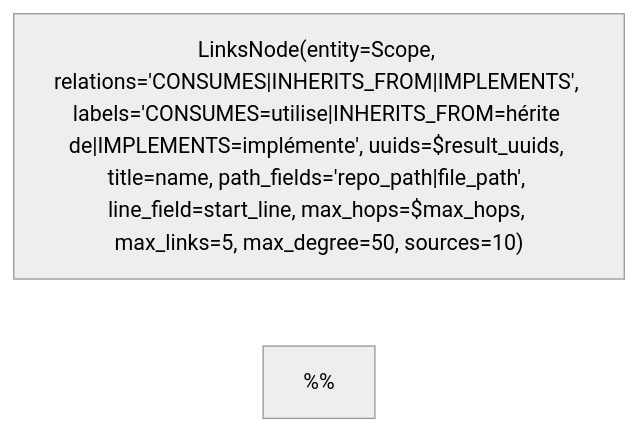
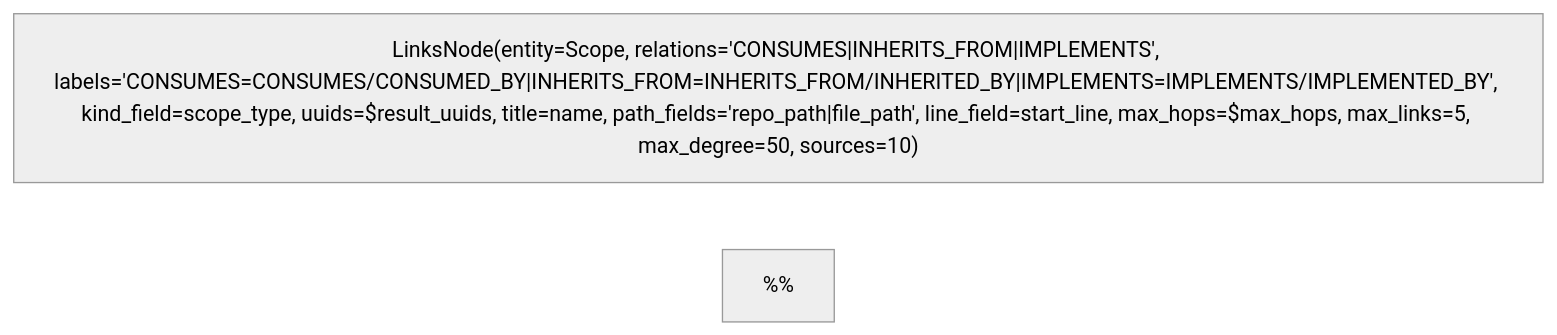
The diagram in extension/rag3weaver/templates/tools/links.mmd (L-Defraiteur/rag3db), drawn with Mermaid (neutral theme) before and after one commit. The commit also changed 8 other files, not shown here.

```diff
--- a/extension/rag3weaver/templates/tools/links.mmd
+++ b/extension/rag3weaver/templates/tools/links.mmd
@@ -1,19 +1,19 @@
 %% tool: links
-%% description: Comment les résultats d'une recherche se relient dans le graphe du code : les plus courts chemins entre eux, à deux sauts par défaut (quatre au plus), sans passer par un utilitaire appelé de partout. Une ligne par lien, rien quand ils ne se relient pas. Fait pour un crochet après outil (`after`, `results_port`) : la section n'existe que si le manifeste la déclare.
+%% description: Comment les résultats d'une recherche se relient dans le graphe du code : les plus courts chemins entre eux, à deux sauts par défaut (quatre au plus), sans passer par un utilitaire appelé de partout. Un arbre par nom le plus relié (la forme du graphe de dépendances), rien quand ils ne se relient pas. Fait pour un crochet après outil (`after`, `results_port`) : la section n'existe que si le manifeste la déclare.
 %% param: result_uuids json = [] -- Les uuid des résultats de l'outil, dans l'ordre (le crochet les passe).
 %% param: max_hops int = 2 -- Longueur maximale d'un lien, 1 à 4. Deux par défaut : à quatre, presque tout se relie par des utilitaires moyens.
 %% result: links.result
 
 graph LR
-    links["LinksNode(entity=Scope, relations='CONSUMES|INHERITS_FROM|IMPLEMENTS', labels='CONSUMES=utilise|INHERITS_FROM=hérite de|IMPLEMENTS=implémente', uuids=$result_uuids, title=name, path_fields='repo_path|file_path', line_field=start_line, max_hops=$max_hops, max_links=5, max_degree=50, sources=10)"]
+    links["LinksNode(entity=Scope, relations='CONSUMES|INHERITS_FROM|IMPLEMENTS', labels='CONSUMES=CONSUMES/CONSUMED_BY|INHERITS_FROM=INHERITS_FROM/INHERITED_BY|IMPLEMENTS=IMPLEMENTS/IMPLEMENTED_BY', kind_field=scope_type, uuids=$result_uuids, title=name, path_fields='repo_path|file_path', line_field=start_line, max_hops=$max_hops, max_links=5, max_degree=50, sources=10)"]
 
 %% Le schéma de code (src/code.rs) : `CONSUMES` (appel, usage d'un type,
 %% import), `INHERITS_FROM`, `IMPLEMENTS`, entre `Scope`. Les deux sens sont
 %% suivis : « A utilise X, qu'utilise aussi B » relie A et B. Le nœud est
 %% générique : il ne sait rien de ces relations.
 %%
 %% Le branchement, éteint par défaut — à ajouter à l'outil `search_code` du
 %% manifeste (`templates/backends/code/backend.json`) pour l'allumer :
 %%   "after": {"graph": "../../tools/links.mmd", "title": "Liens",
-%%             "max_lines": 6,
+%%             "max_lines": 14,
 %%             "results_port": {"node": "render", "port": "results"}}
```
